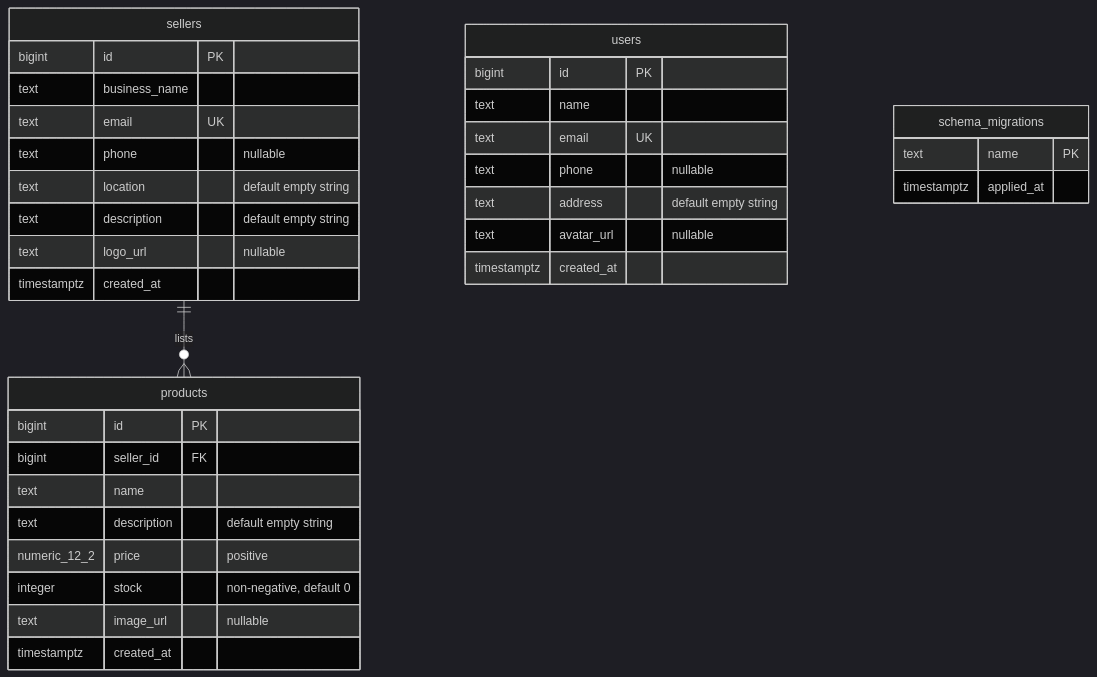
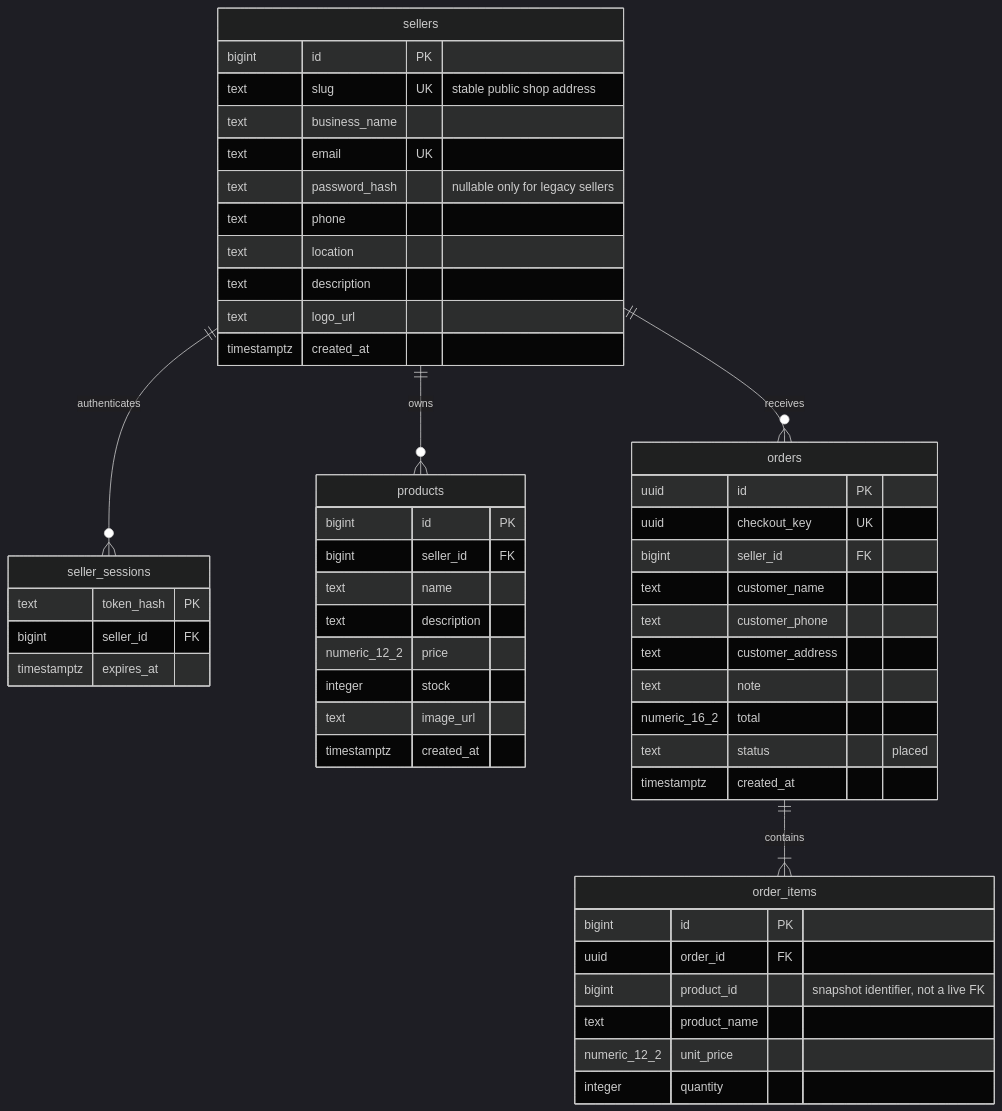
One commit to Bomjan/tshongkhang changed the diagram in docs/erd.md. Above: the diagram before and after it, drawn with Mermaid (dark theme). The commit also changed other lines of this file and 38 other files, not shown here.

````diff
--- a/docs/erd.md
+++ b/docs/erd.md
@@ -7,38 +5,55 @@
 ```mermaid
 erDiagram
-    sellers ||--o{ products : lists
+    sellers ||--o{ seller_sessions : authenticates
+    sellers ||--o{ products : owns
+    sellers ||--o{ orders : receives
+    orders ||--|{ order_items : contains
 
-    users {
+    sellers {
         bigint id PK
-        text name
+        text slug UK "stable public shop address"
+        text business_name
         text email UK
-        text phone "nullable"
-        text address "default empty string"
-        text avatar_url "nullable"
+        text password_hash "nullable only for legacy sellers"
+        text phone
+        text location
+        text description
+        text logo_url
         timestamptz created_at
     }
-    sellers {
-        bigint id PK
-        text business_name
-        text email UK
-        text phone "nullable"
-        text location "default empty string"
-        text description "default empty string"
-        text logo_url "nullable"
-        timestamptz created_at
+    seller_sessions {
+        text token_hash PK
+        bigint seller_id FK
+        timestamptz expires_at
     }
     products {
         bigint id PK
         bigint seller_id FK
         text name
-        text description "default empty string"
-        numeric_12_2 price "positive"
-        integer stock "non-negative, default 0"
-        text image_url "nullable"
+        text description
+        numeric_12_2 price
+        integer stock
+        text image_url
         timestamptz created_at
     }
-    schema_migrations {
-        text name PK
-        timestamptz applied_at
+    orders {
+        uuid id PK
+        uuid checkout_key UK
+        bigint seller_id FK
+        text customer_name
+        text customer_phone
+        text customer_address
+        text note
+        numeric_16_2 total
+        text status "placed"
+        timestamptz created_at
+    }
+    order_items {
+        bigint id PK
+        uuid order_id FK
+        bigint product_id "snapshot identifier, not a live FK"
+        text product_name
+        numeric_12_2 unit_price
+        integer quantity
     }
 ```
````
